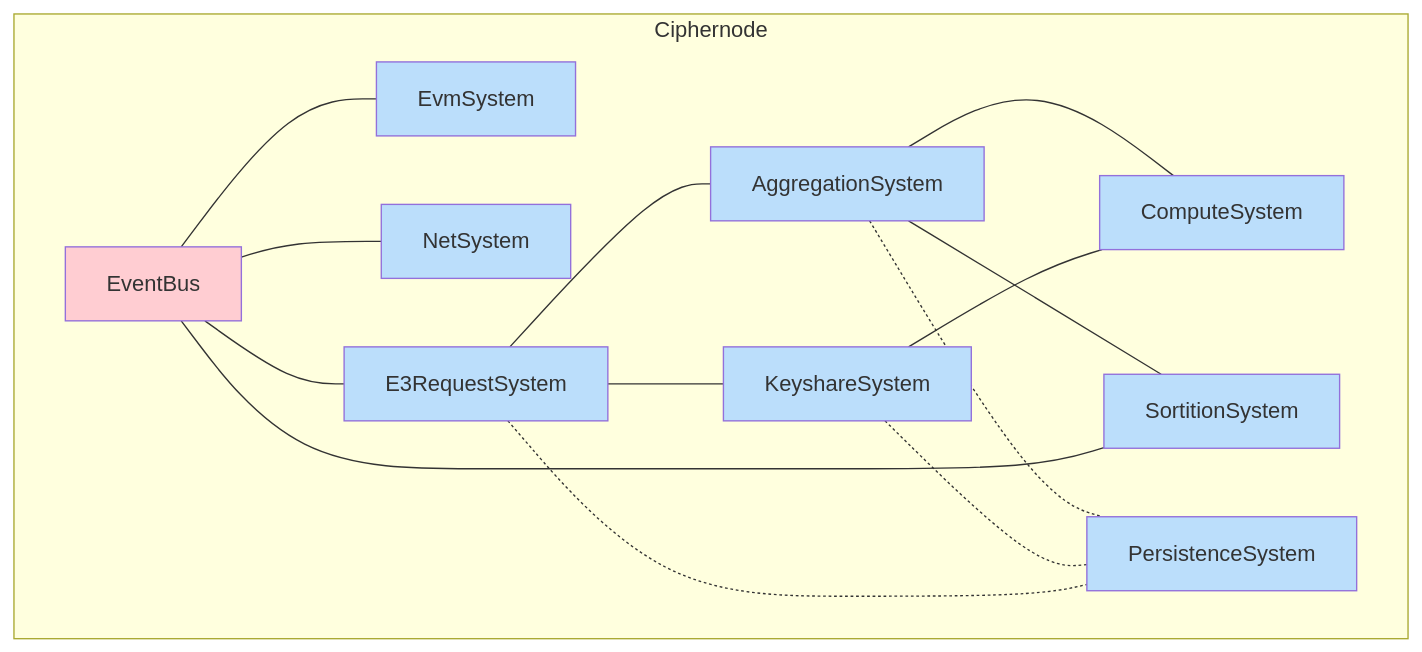
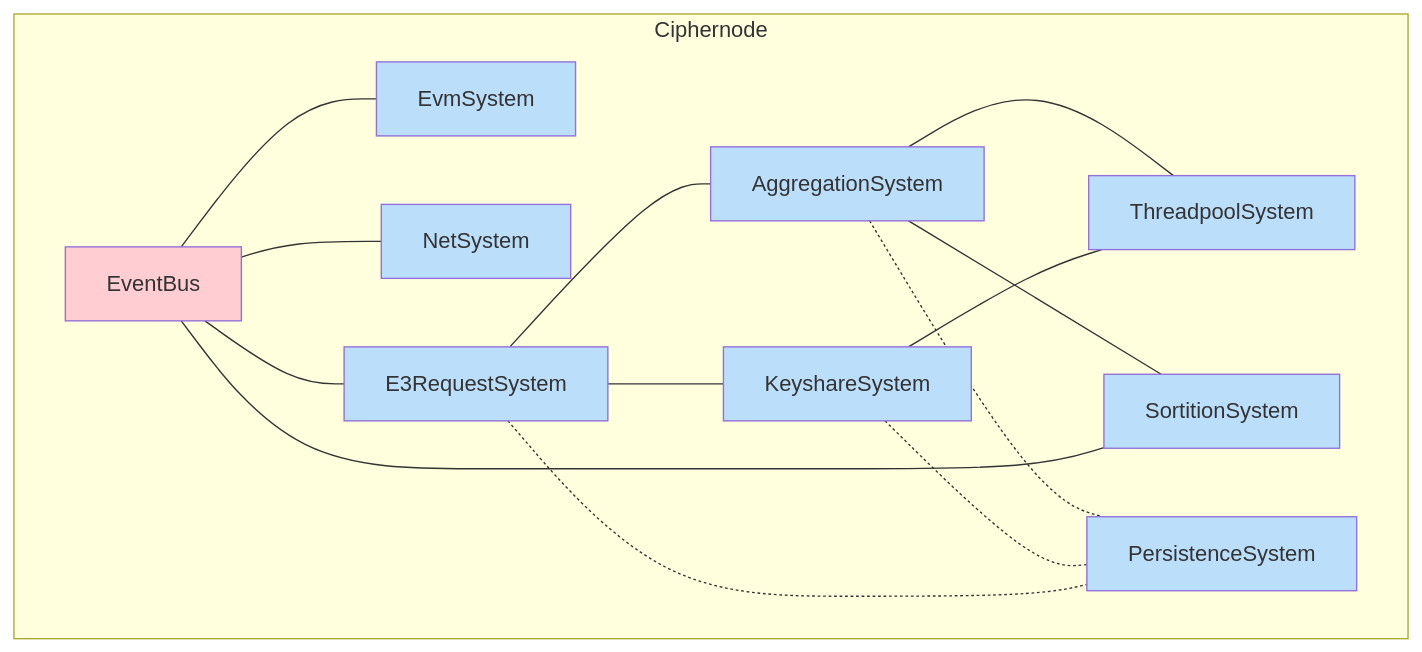
One commit to gnosisguild/enclave changed the diagram in crates/Ciphernode.md. Above: the diagram before and after it, drawn with Mermaid. The commit also changed other lines of this file and 26 other files, not shown here.

````diff
--- a/crates/Ciphernode.md
+++ b/crates/Ciphernode.md
@@ -9,57 +33,57 @@
 ```mermaid
 flowchart TB
     subgraph s1["Ciphernode"]
         EVM["EvmSystem"]
         EB["EventBus"]
         NET["NetSystem"]
 		R["E3RequestSystem"]
         KS["KeyshareSystem"]
-        COM["ComputeSystem"]
+        COM["ThreadpoolSystem"]
         P["PersistenceSystem"]
         AS["AggregationSystem"]
         SS["SortitionSystem"]
     end
 
 	EB --- EVM
     EB --- NET
     R --- AS
     R --- KS
     EB --- R
     AS --- COM
     KS --- COM
     AS --- SS
     EB --- SS
     AS -.- P
     KS -.- P
     R -.- P
 
     EVM:::internal-link
     EB:::internal-link
     NET:::internal-link
     COM:::internal-link
     R:::internal-link
     AS:::internal-link
     KS:::internal-link
     SS:::internal-link
     P:::internal-link
 
     style EVM fill:#BBDEFB
     style EB fill:#FFCDD2
     style NET fill:#BBDEFB
     style R fill:#BBDEFB
 	style KS fill:#BBDEFB
     style COM fill:#BBDEFB
     style AS fill:#BBDEFB
     style SS fill:#BBDEFB
 	style P fill:#BBDEFB
 
-    click EVM "https://github.com/gnosisguild/enclave/tree/main/crates/evm/EvmSystem.md"
-    click EB "https://github.com/gnosisguild/enclave/tree/main/crates/events/docs/EventBus.md"
-    click NET "https://github.com/gnosisguild/enclave/tree/main/crates/net/NetSystem.md"
-    click COM "https://github.com/gnosisguild/enclave/tree/main/crates/compute/ComputeSystem.md"
-    click R "https://github.com/gnosisguild/enclave/tree/main/crates/request/E3RequestSystem.md"
-    click AS "https://github.com/gnosisguild/enclave/tree/main/crates/aggregator/AggregationSystem.md"
-    click KS "https://github.com/gnosisguild/enclave/tree/main/crates/keyshare/KeyshareSystem.md"
-    click SS "https://github.com/gnosisguild/enclave/tree/main/crates/sortition/SortitionSystem.md"
-    click P "https://github.com/gnosisguild/enclave/tree/main/crates/data/PersistenceSystem.md"
+    click EVM "http://github.com/gnosisguild/enclave/tree/main/crates/evm/EvmSystem.md"
+    click EB "http://github.com/gnosisguild/enclave/tree/main/crates/events/docs/EventBus.md"
+    click NET "http://github.com/gnosisguild/enclave/tree/main/crates/net/NetSystem.md"
+    click COM "http://github.com/gnosisguild/enclave/tree/main/crates/threadpool/ThreadpoolSystem.md"
+    click R "http://github.com/gnosisguild/enclave/tree/main/crates/request/E3RequestSystem.md"
+    click AS "http://github.com/gnosisguild/enclave/tree/main/crates/aggregator/AggregationSystem.md"
+    click KS "http://github.com/gnosisguild/enclave/tree/main/crates/keyshare/KeyshareSystem.md"
+    click SS "http://github.com/gnosisguild/enclave/tree/main/crates/sortition/SortitionSystem.md"
+    click P "http://github.com/gnosisguild/enclave/tree/main/crates/data/PersistenceSystem.md"
 ```
````
